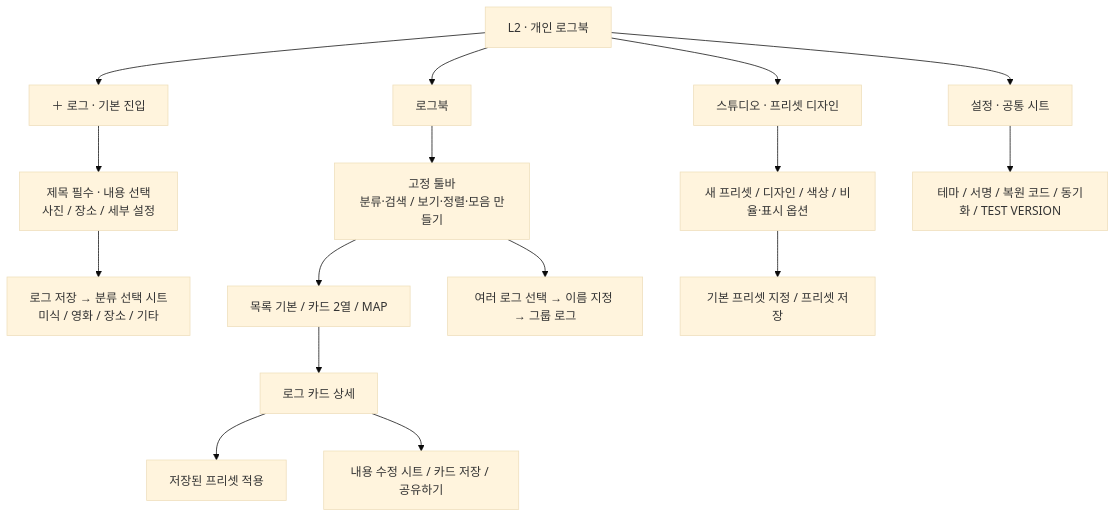
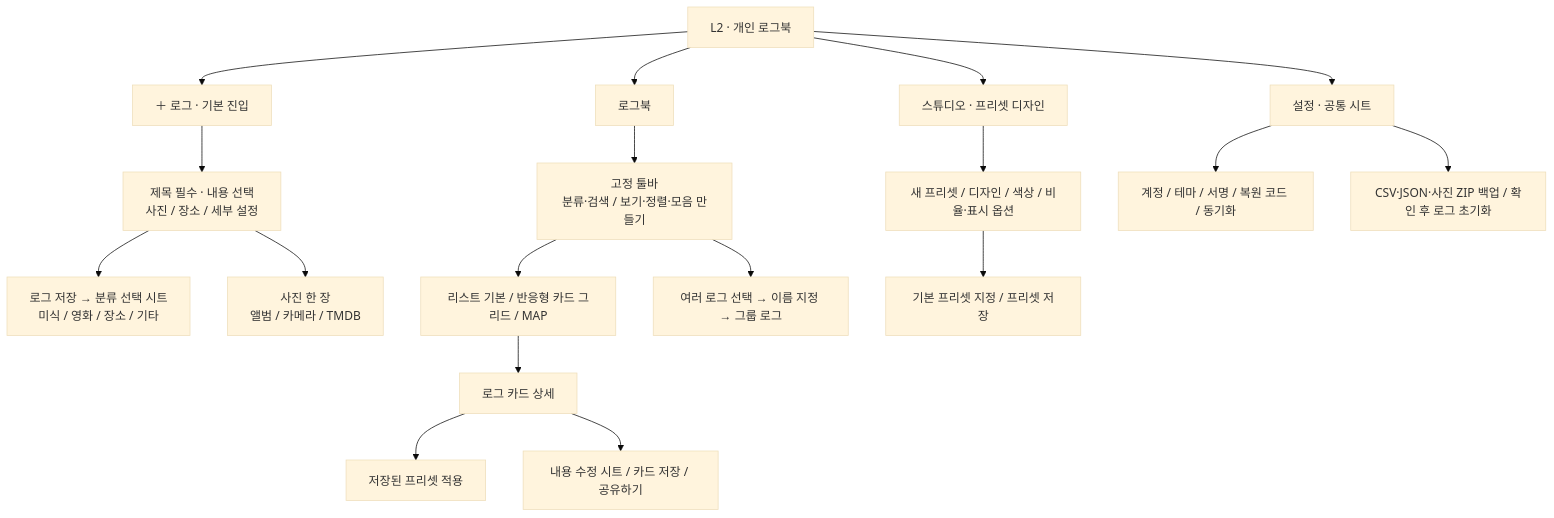
One commit to ddingha829/ProjectL3 changed the first of 4 diagrams in alpha/DOCS/IA_WORKFLOWS.md. Above: the diagram before and after it, drawn with Mermaid (base theme). The commit also changed other lines of this file and 52 other files, not shown here.

````diff
--- a/alpha/DOCS/IA_WORKFLOWS.md
+++ b/alpha/DOCS/IA_WORKFLOWS.md
@@ -7,18 +7,20 @@
 ```mermaid
 graph TD
     APP["L2 · 개인 로그북"] --> LOG["＋ 로그 · 기본 진입"]
     APP --> BOOK["로그북"]
     APP --> STUDIO["스튜디오 · 프리셋 디자인"]
     APP --> SETTINGS["설정 · 공통 시트"]
     LOG --> COMPOSE["제목 필수 · 내용 선택<br/>사진 / 장소 / 세부 설정"]
     COMPOSE --> CATEGORY["로그 저장 → 분류 선택 시트<br/>미식 / 영화 / 장소 / 기타"]
     BOOK --> TOOLS["고정 툴바<br/>분류·검색 / 보기·정렬·모음 만들기"]
-    TOOLS --> VIEWS["목록 기본 / 카드 2열 / MAP"]
+    TOOLS --> VIEWS["리스트 기본 / 반응형 카드 그리드 / MAP"]
     VIEWS --> CARD["로그 카드 상세"]
     CARD --> PRESETS["저장된 프리셋 적용"]
     CARD --> ACTIONS["내용 수정 시트 / 카드 저장 / 공유하기"]
     TOOLS --> GROUP["여러 로그 선택 → 이름 지정 → 그룹 로그"]
     STUDIO --> DESIGN["새 프리셋 / 디자인 / 색상 / 비율·표시 옵션"]
     DESIGN --> COMMIT["기본 프리셋 지정 / 프리셋 저장"]
-    SETTINGS --> PREFS["테마 / 서명 / 복원 코드 / 동기화 / TEST VERSION"]
+    SETTINGS --> PREFS["계정 / 테마 / 서명 / 복원 코드 / 동기화"]
+    COMPOSE --> PHOTO["사진 한 장<br/>앨범 / 카메라 / TMDB"]
+    SETTINGS --> BACKUP["CSV·JSON·사진 ZIP 백업 / 확인 후 로그 초기화"]
 ```
````
